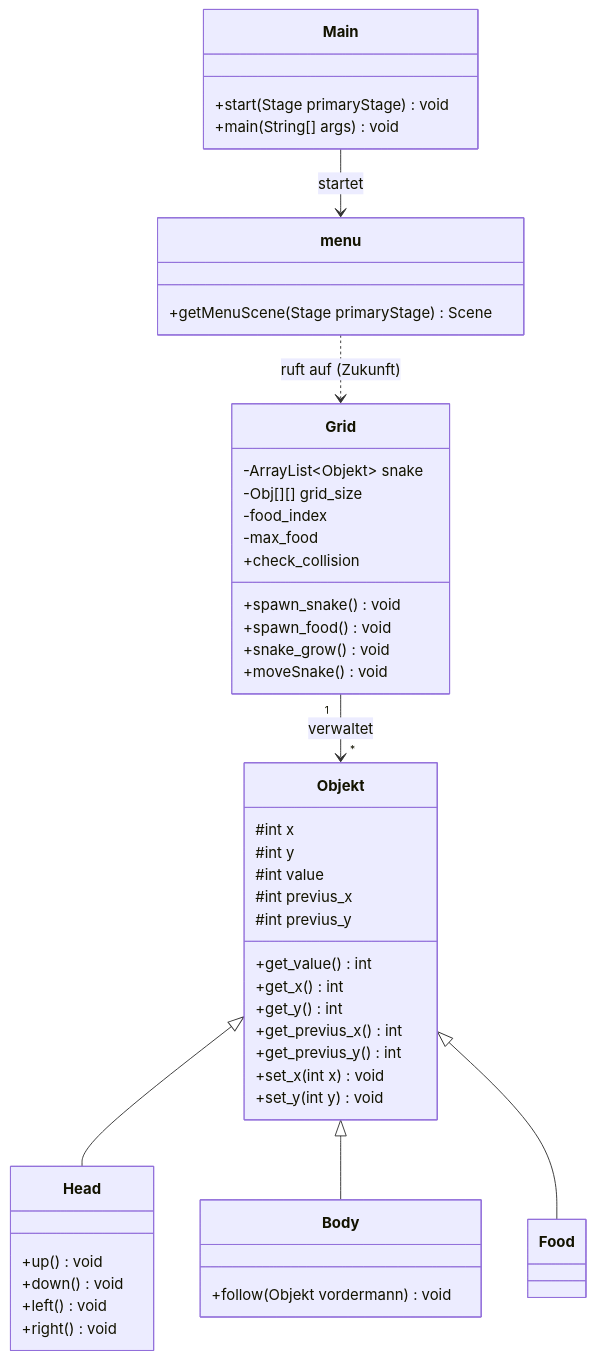
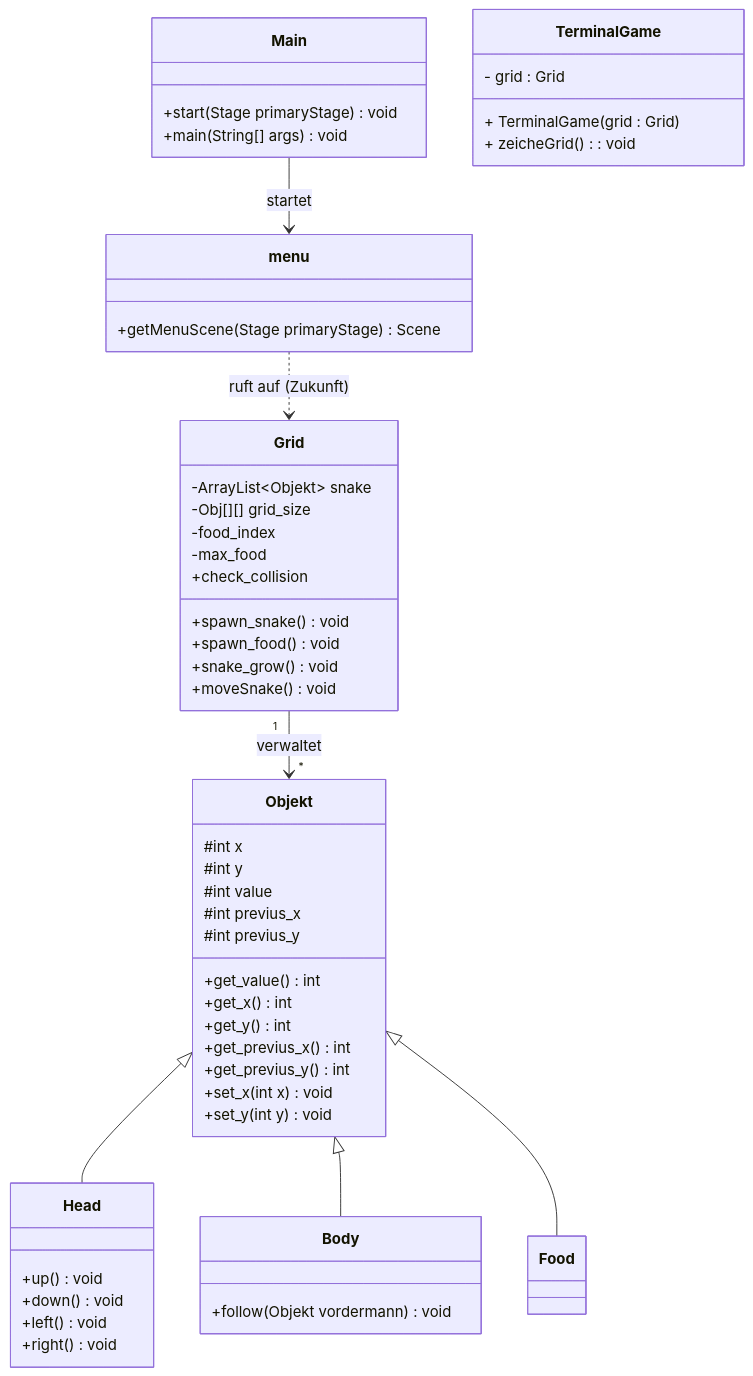
The first of 5 diagrams in docs/ARCHITECTURE.md (Filipprul/TG12_filrul_sofdom_andspa), drawn with Mermaid before and after one commit.

Commit message:
Add TerminalGame class to architecture documentation
Added TerminalGame class with constructor and method.

````diff
--- a/docs/ARCHITECTURE.md
+++ b/docs/ARCHITECTURE.md
@@ -11,65 +11,71 @@
 ```mermaid
 classDiagram
     %% Vererbungshierarchie (game.objects)
     class Objekt {
         #int x
         #int y
         #int value
         #int previus_x
         #int previus_y
         +get_value() int
         +get_x() int
         +get_y() int
         +get_previus_x() int
         +get_previus_y() int
         +set_x(int x) void
         +set_y(int y) void
     }
 
     class Head {
         +up() void
         +down() void
         +left() void
         +right() void
     }
 
     class Body {
         +follow(Objekt vordermann) void
     }
 
     class Food {
     }
 
     Objekt <|-- Head
     Objekt <|-- Body
     Objekt <|-- Food
 
     %% Kernlogik und Verwaltung (game.core)
     class Grid {
         -ArrayList~Objekt~ snake
         -Obj[][] grid_size
         -food_index
         -max_food
         +check_collision
 
         +spawn_snake() void
         +spawn_food() void
         +snake_grow() void
         +moveSnake() void
     }
 
     Grid "1" --> "*" Objekt : verwaltet
 
     %% Menü und App-Start (menu / src)
     class menu {
         +getMenuScene(Stage primaryStage) Scene
     }
 
     class Main {
         +start(Stage primaryStage) void
         +main(String[] args) void
     }
 
+    class TerminalGame {
+        - grid : Grid
+        + TerminalGame(grid : Grid)
+        + zeicheGrid() : void
+    }
+
     Main --> menu : startet
     menu ..> Grid : ruft auf (Zukunft)
 ```
````
